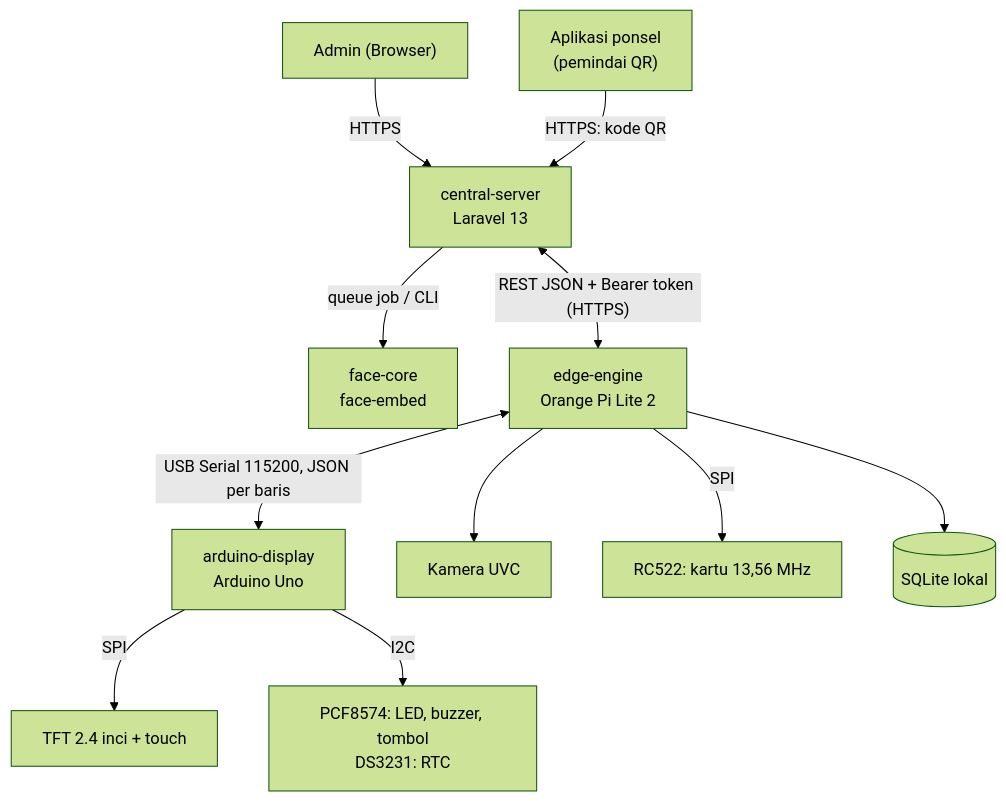
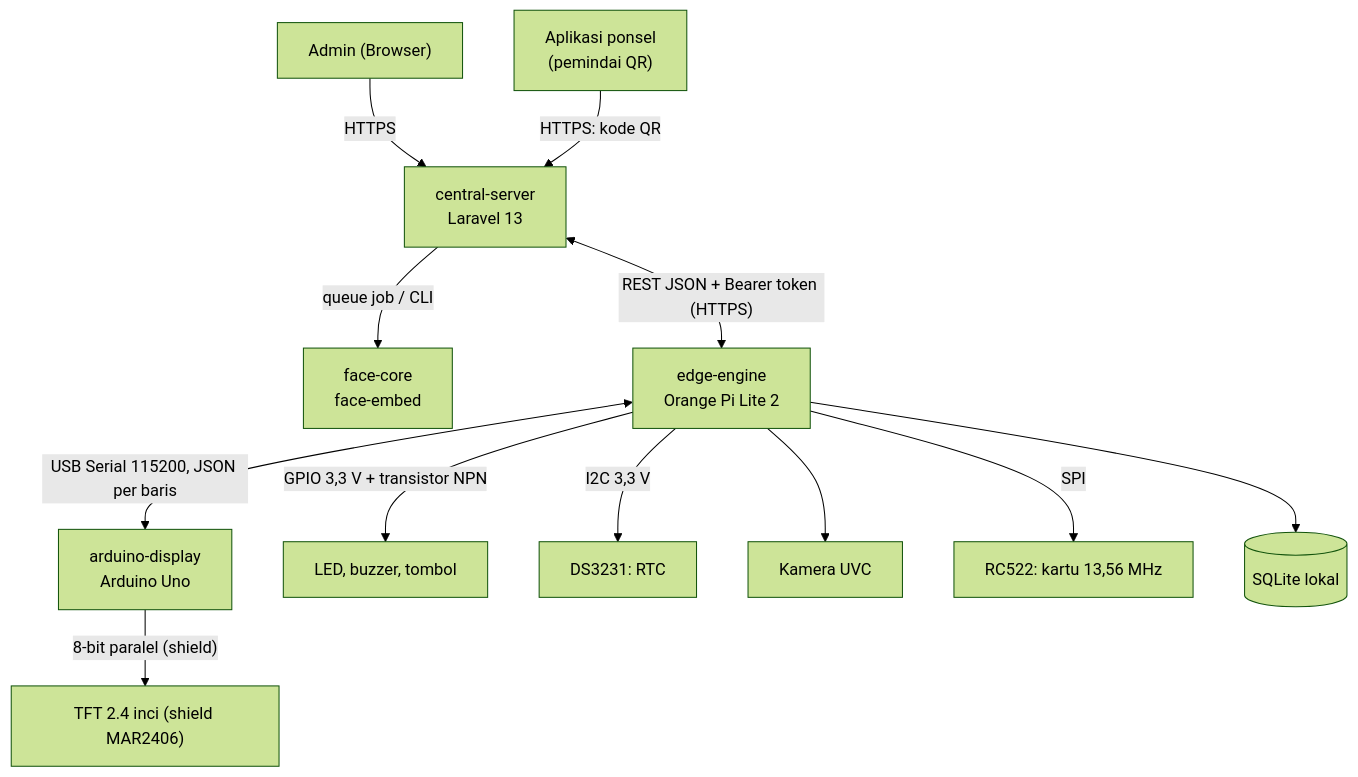
One commit to Cihaimasuiro/absensi-cam changed the second of 2 diagrams in PRD.md. Above: the diagram before and after it, drawn with Mermaid (forest theme). The commit also changed other lines of this file, not shown here.

````diff
--- a/PRD.md
+++ b/PRD.md
@@ -168,13 +170,14 @@
 ```mermaid
 flowchart TB
     ADM["Admin (Browser)"] -->|HTTPS| LV["central-server<br/>Laravel 13"]
     PHN["Aplikasi ponsel<br/>(pemindai QR)"] -->|"HTTPS: kode QR"| LV
     LV -->|"queue job / CLI"| FC["face-core<br/>face-embed"]
     LV <-->|"REST JSON + Bearer token (HTTPS)"| EDG["edge-engine<br/>Orange Pi Lite 2"]
     EDG <-->|"USB Serial 115200, JSON per baris"| ARD["arduino-display<br/>Arduino Uno"]
-    ARD -->|SPI| TFT["TFT 2.4 inci + touch"]
-    ARD -->|I2C| IO["PCF8574: LED, buzzer, tombol<br/>DS3231: RTC"]
+    ARD -->|"8-bit paralel (shield)"| TFT["TFT 2.4 inci (shield MAR2406)"]
+    EDG -->|"GPIO 3,3 V + transistor NPN"| IO["LED, buzzer, tombol"]
+    EDG -->|"I2C 3,3 V"| RTCM["DS3231: RTC"]
     EDG --> CAM["Kamera UVC"]
     EDG -->|SPI| RFID["RC522: kartu 13,56 MHz"]
     EDG --> SQ[("SQLite lokal")]
 ```
````
